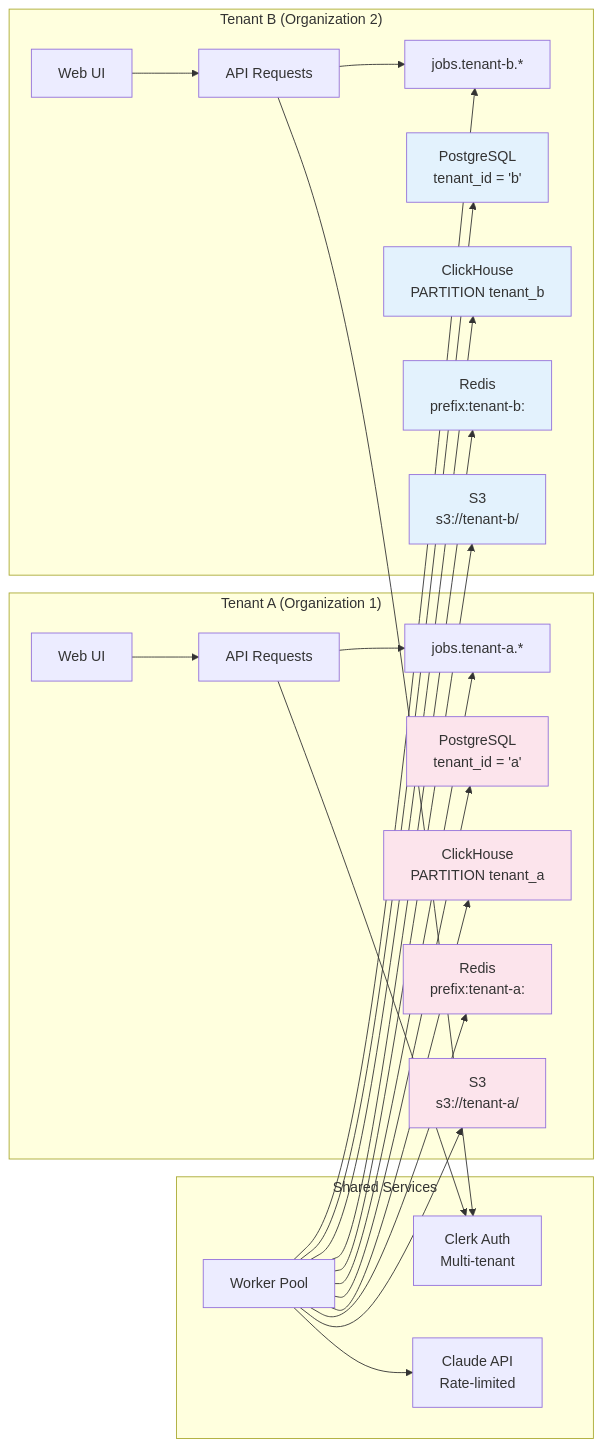
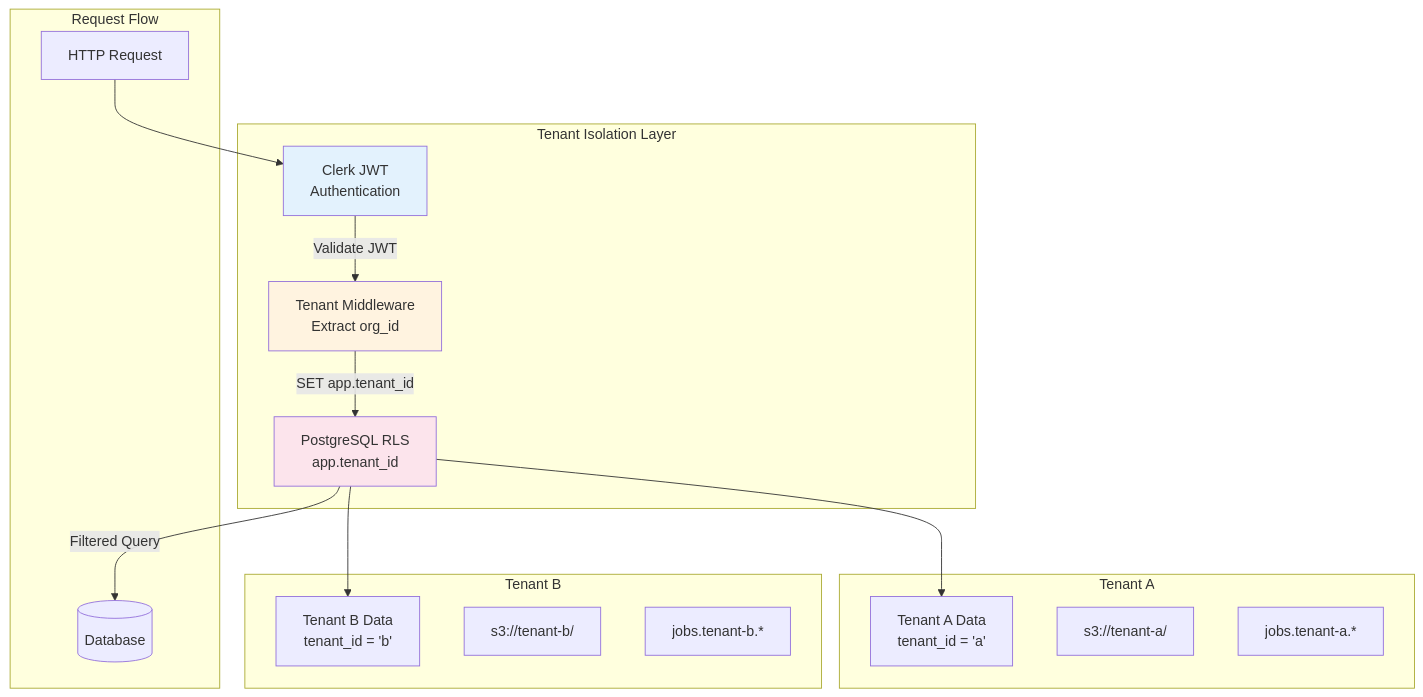
Before and after one commit to OmarEhab007/RemedyIQ: the third of 8 diagrams in docs/diagrams/architecture.md, drawn with Mermaid. The commit also changed other lines of this file and 125 other files, not shown here.

First line of the commit message:
feat: EKS containerization with Helm charts, CI/CD pipelines, and snappy fix (#12)

````diff
--- a/docs/diagrams/architecture.md
+++ b/docs/diagrams/architecture.md
@@ -126,63 +134,34 @@
 ```mermaid
-graph LR
-    subgraph "Tenant A (Organization 1)"
-        WEB_A[Web UI]
-        API_A[API Requests]
-        NATS_A[jobs.tenant-a.*]
-        PG_A[PostgreSQL<br/>tenant_id = 'a']
-        CH_A[ClickHouse<br/>PARTITION tenant_a]
-        REDIS_A[Redis<br/>prefix:tenant-a: ]
-        S3_A[S3<br/>s3://tenant-a/]
+graph TB
+    subgraph "Tenant Isolation Layer"
+        AUTH[Clerk JWT<br/>Authentication]
+        MW[Tenant Middleware<br/>Extract org_id]
+        RLS[PostgreSQL RLS<br/>app.tenant_id]
     end
     
-    subgraph "Tenant B (Organization 2)"
-        WEB_B[Web UI]
-        API_B[API Requests]
-        NATS_B[jobs.tenant-b.*]
-        PG_B[PostgreSQL<br/>tenant_id = 'b']
-        CH_B[ClickHouse<br/>PARTITION tenant_b]
-        REDIS_B[Redis<br/>prefix:tenant-b: ]
-        S3_B[S3<br/>s3://tenant-b/]
+    subgraph "Request Flow"
+        REQ[HTTP Request] --> AUTH
+        AUTH -->|Validate JWT| MW
+        MW -->|SET app.tenant_id| RLS
+        RLS -->|Filtered Query| DB[(Database)]
     end
     
-    subgraph "Shared Services"
-        AUTH[Clerk Auth<br/>Multi-tenant]
-        AI[Claude API<br/>Rate-limited]
-        WORKER[Worker Pool]
+    subgraph "Tenant A"
+        TA_DATA[Tenant A Data<br/>tenant_id = 'a']
+        TA_S3[s3://tenant-a/]
+        TA_NATS[jobs.tenant-a.*]
     end
     
-    WEB_A --> API_A
-    WEB_B --> API_B
+    subgraph "Tenant B"
+        TB_DATA[Tenant B Data<br/>tenant_id = 'b']
+        TB_S3[s3://tenant-b/]
+        TB_NATS[jobs.tenant-b.*]
+    end
     
-    API_A --> AUTH
-    API_B --> AUTH
+    RLS --> TA_DATA
+    RLS --> TB_DATA
     
-    API_A --> NATS_A
-    API_B --> NATS_B
-    
-    WORKER --> NATS_A
-    WORKER --> NATS_B
-    
-    WORKER --> PG_A
-    WORKER --> PG_B
-    
-    WORKER --> CH_A
-    WORKER --> CH_B
-    
-    WORKER --> REDIS_A
-    WORKER --> REDIS_B
-    
-    WORKER --> S3_A
-    WORKER --> S3_B
-    
-    WORKER --> AI
-    
-    style PG_A fill:#fce4ec
-    style PG_B fill:#e3f2fd
-    style CH_A fill:#fce4ec
-    style CH_B fill:#e3f2fd
-    style REDIS_A fill:#fce4ec
-    style REDIS_B fill:#e3f2fd
-    style S3_A fill:#fce4ec
-    style S3_B fill:#e3f2fd
+    style AUTH fill:#e3f2fd
+    style MW fill:#fff3e0
+    style RLS fill:#fce4ec
 ```
````
